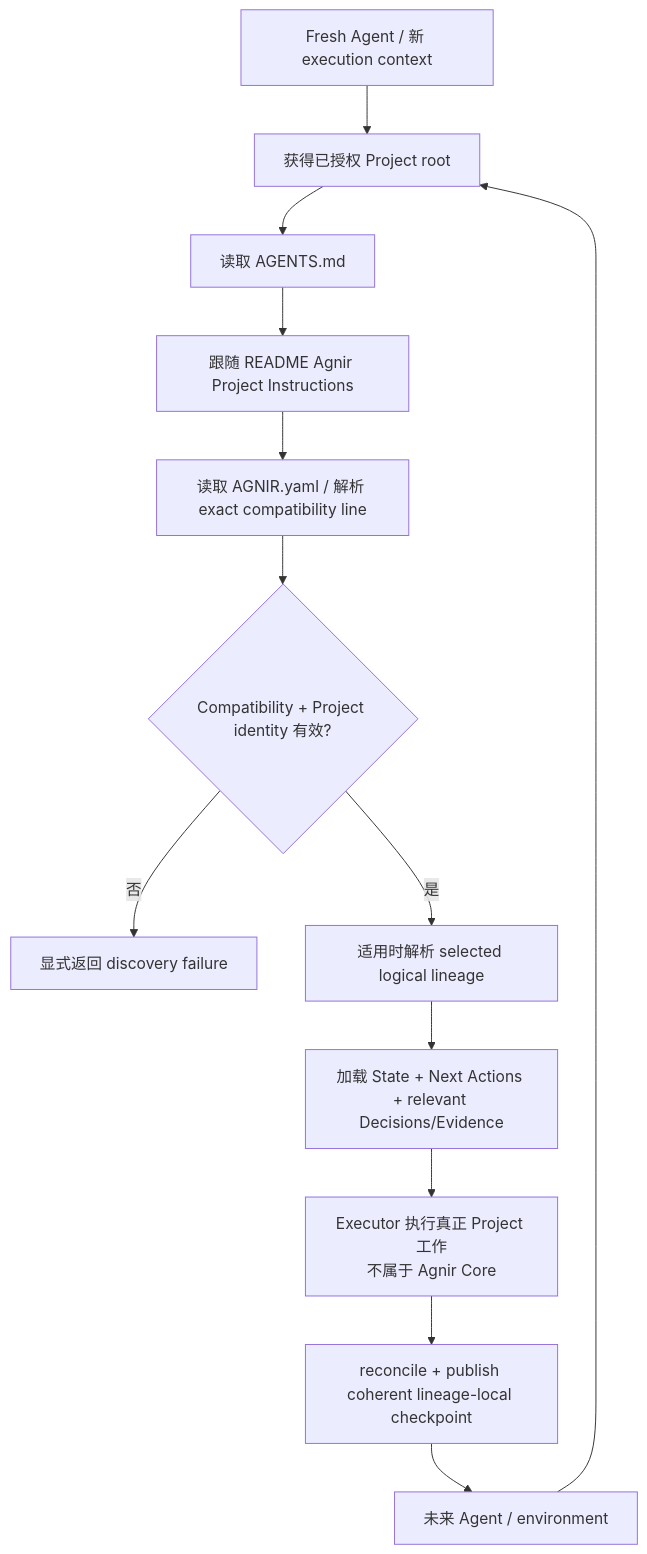
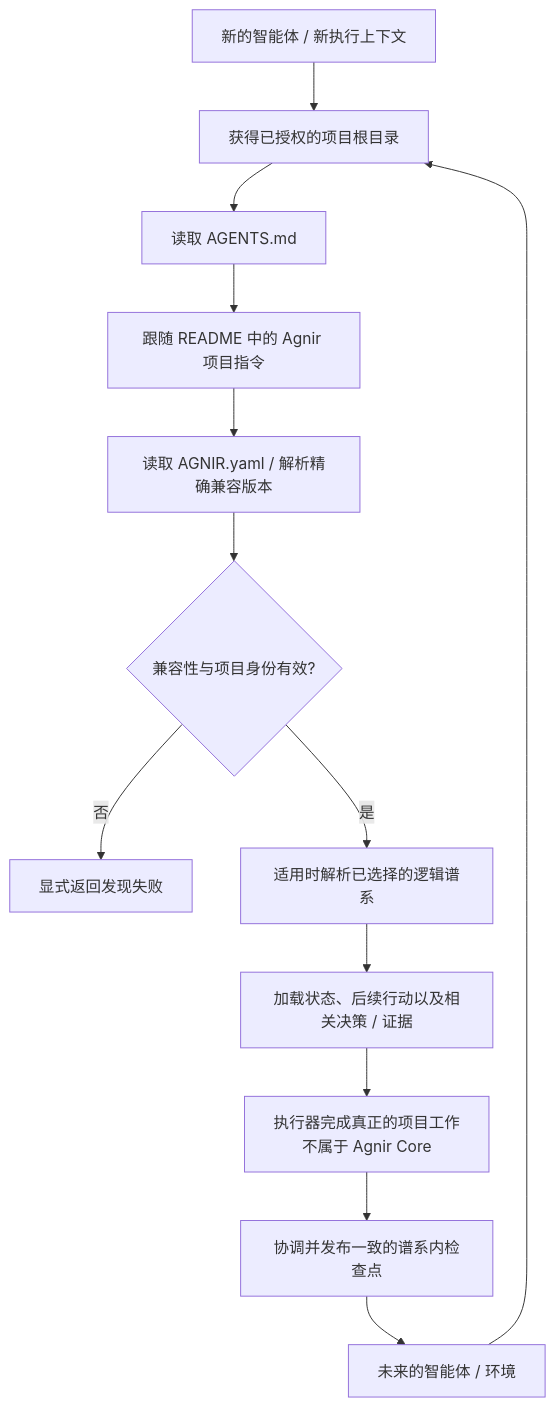
Before and after one commit to iorLab/agnir: the second of 2 diagrams in README.zh-CN.md, drawn with Mermaid. The commit also changed other lines of this file and 10 other files, not shown here.

````diff
--- a/README.zh-CN.md
+++ b/README.zh-CN.md
@@ -127,15 +157,15 @@
 ```mermaid
 flowchart TD
-    C[Fresh Agent / 新 execution context] --> P[获得已授权 Project root]
+    C[新的智能体 / 新执行上下文] --> P[获得已授权的项目根目录]
     P --> A[读取 AGENTS.md]
-    A --> I[跟随 README Agnir Project Instructions]
-    I --> R[读取 AGNIR.yaml / 解析 exact compatibility line]
-    R --> V{Compatibility + Project identity 有效?}
-    V -- 否 --> F[显式返回 discovery failure]
-    V -- 是 --> L[适用时解析 selected logical lineage]
-    L --> Q[加载 State + Next Actions + relevant Decisions/Evidence]
-    Q --> W[Executor 执行真正 Project 工作\n不属于 Agnir Core]
-    W --> K[reconcile + publish coherent lineage-local checkpoint]
-    K --> N[未来 Agent / environment]
+    A --> I[跟随 README 中的 Agnir 项目指令]
+    I --> R[读取 AGNIR.yaml / 解析精确兼容版本]
+    R --> V{兼容性与项目身份有效?}
+    V -- 否 --> F[显式返回发现失败]
+    V -- 是 --> L[适用时解析已选择的逻辑谱系]
+    L --> Q[加载状态、后续行动以及相关决策 / 证据]
+    Q --> W[执行器完成真正的项目工作\n不属于 Agnir Core]
+    W --> K[协调并发布一致的谱系内检查点]
+    K --> N[未来的智能体 / 环境]
     N --> P
 ```
````
